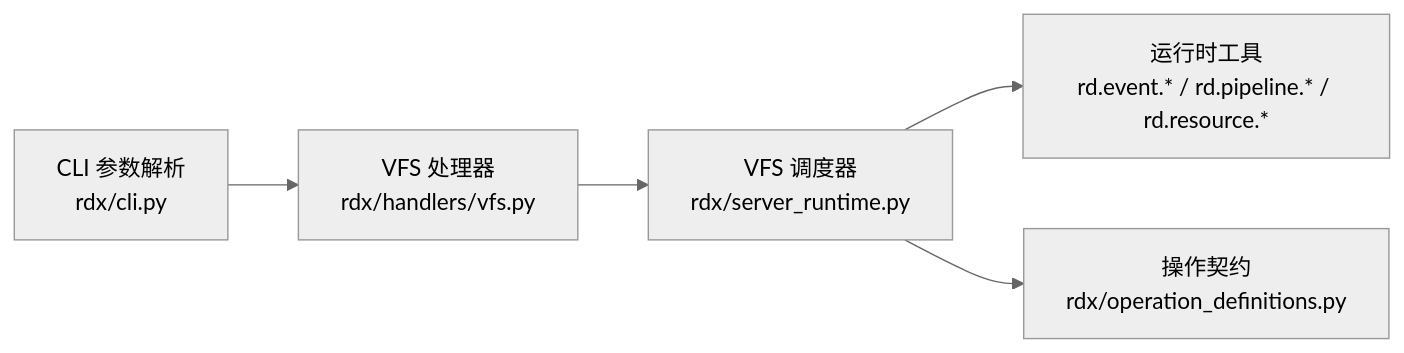
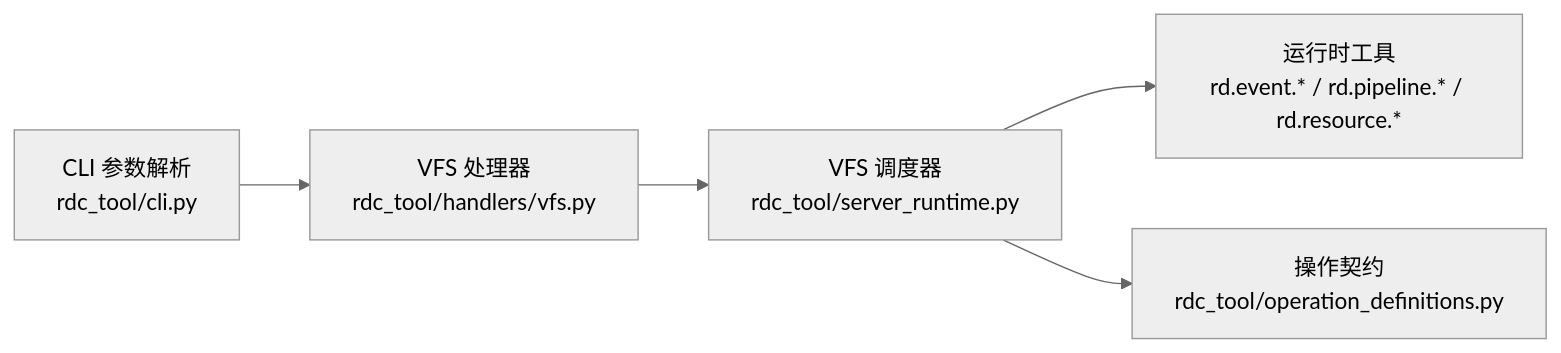
One commit to haolange/RDC-Tool changed the eighth of 8 diagrams in .qoder/repowiki/zh/content/CLI参考手册/虚拟文件系统命令.md. Above: the diagram before and after it, drawn with Mermaid (neutral theme). The commit also changed other lines of this file and 388 other files, not shown here.

First line of the commit message:
Release RDC-Tool identity and public maintenance surface

````diff
--- a/.qoder/repowiki/zh/content/CLI参考手册/虚拟文件系统命令.md
+++ b/.qoder/repowiki/zh/content/CLI参考手册/虚拟文件系统命令.md
@@ -282,7 +282,7 @@
 ```mermaid
 graph LR
-CLI["CLI 参数解析<br/>rdx/cli.py"] --> Handler["VFS 处理器<br/>rdx/handlers/vfs.py"]
-Handler --> Dispatch["VFS 调度器<br/>rdx/server_runtime.py"]
+CLI["CLI 参数解析<br/>rdc_tool/cli.py"] --> Handler["VFS 处理器<br/>rdc_tool/handlers/vfs.py"]
+Handler --> Dispatch["VFS 调度器<br/>rdc_tool/server_runtime.py"]
 Dispatch --> Tools["运行时工具<br/>rd.event.* / rd.pipeline.* / rd.resource.*"]
-Dispatch --> Contract["操作契约<br/>rdx/operation_definitions.py"]
+Dispatch --> Contract["操作契约<br/>rdc_tool/operation_definitions.py"]
 ```
````
